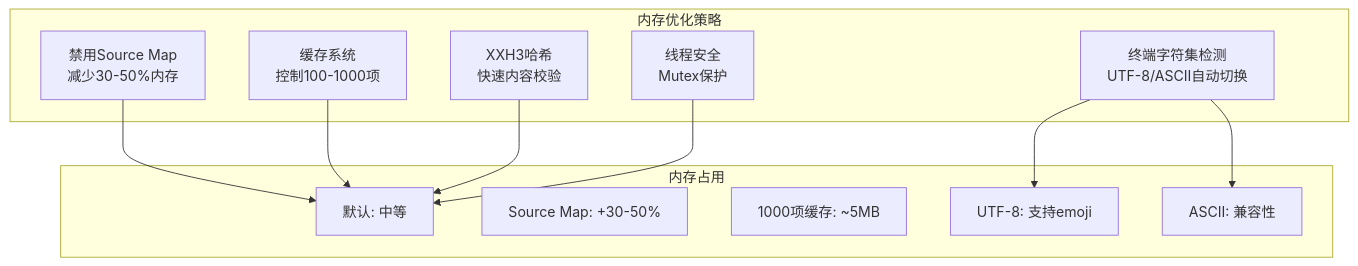
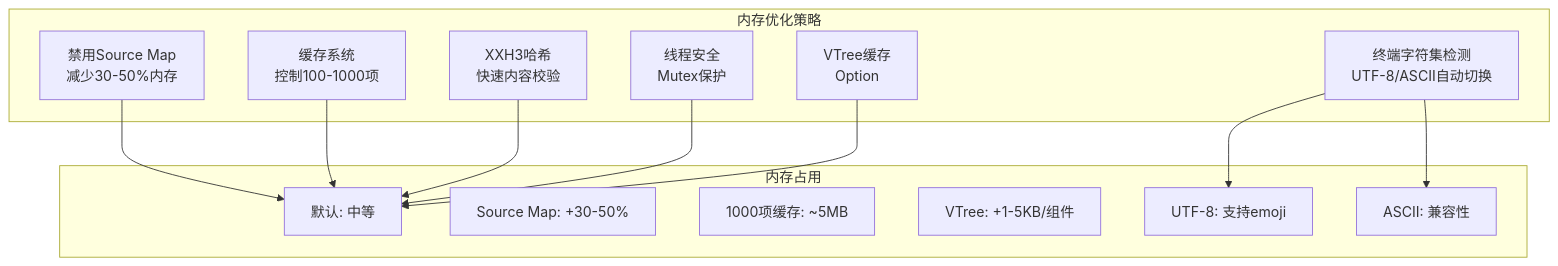
Before and after one commit to itszzl-sudo/iris: diagram 16 of 17 in .qoder/repowiki/zh/content/技术架构详解/即时转译系统/SFC编译器初始化机制/SFC集成示例.md, drawn with Mermaid. The commit also changed other lines of this file and 8 other files, not shown here.

````diff
--- a/.qoder/repowiki/zh/content/技术架构详解/即时转译系统/SFC编译器初始化机制/SFC集成示例.md
+++ b/.qoder/repowiki/zh/content/技术架构详解/即时转译系统/SFC编译器初始化机制/SFC集成示例.md
@@ -553,21 +663,24 @@
 ```mermaid
 graph TB
 subgraph "内存优化策略"
 DISABLE[禁用Source Map<br/>减少30-50%内存]
 CACHE[缓存系统<br/>控制100-1000项]
 HASH[XXH3哈希<br/>快速内容校验]
 THREAD[线程安全<br/>Mutex保护]
+VTREE[VTree缓存<br/>Option<VTree>]
 ENDERTER[终端字符集检测<br/>UTF-8/ASCII自动切换]
 end
 subgraph "内存占用"
 DEFAULT[默认: 中等]
 SM_ENABLED[Source Map: +30-50%]
 LARGE_CACHE[1000项缓存: ~5MB]
+VTREE_ENABLED[VTree: +1-5KB/组件]
 ENDERTER --> UTF8[UTF-8: 支持emoji]
 ENDERTER --> ASCII[ASCII: 兼容性]
 end
 DISABLE --> DEFAULT
 CACHE --> DEFAULT
 HASH --> DEFAULT
 THREAD --> DEFAULT
+VTREE --> DEFAULT
 ```
````
